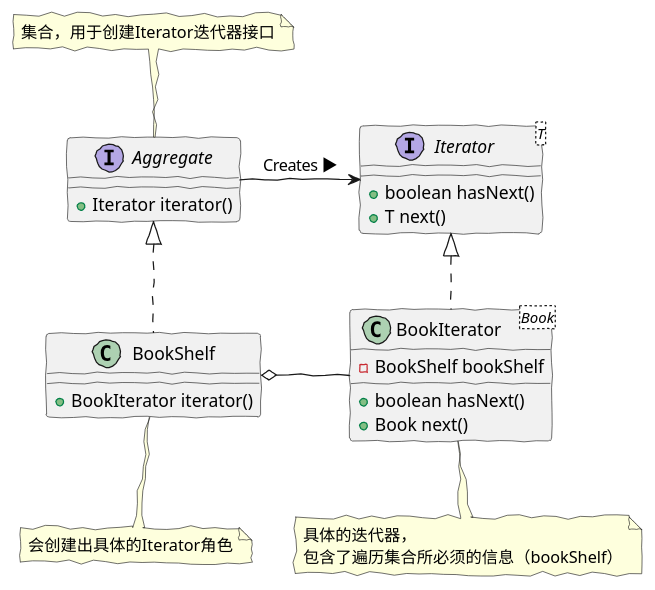
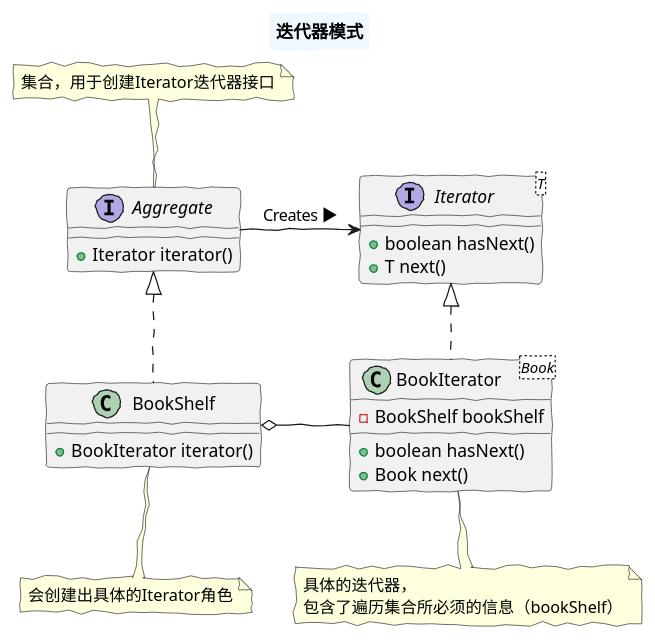
The diagram in src/main/resources/01_Iterator.puml (zhangzhaolin/desin_mode_diagram), drawn with PlantUML before and after one commit. The commit also changed 5 other files, not shown here.

Commit message:
add PlantUML

```diff
--- a/src/main/resources/01_Iterator.puml
+++ b/src/main/resources/01_Iterator.puml
@@ -1,47 +1,53 @@
 @startuml
 
 skinparam handwritten true
+skinparam titleBorderThickness 2
+skinparam titleBackgroundColor AliceBlue
+
+title
+    迭代器模式
+end title
 
 together {
 
    interface Aggregate{
         + Iterator iterator()
    }
 
    interface Iterator<T>{
         + boolean hasNext()
         + T next()
    }
 
 }
 
 note top of Aggregate : 集合，用于创建Iterator迭代器接口
 
 Aggregate -right-> Iterator : Creates ▶
 
 together {
 
     class BookShelf implements Aggregate{
 
         + BookIterator iterator()
 
     }
 
     class BookIterator<Book> implements Iterator{
         - BookShelf bookShelf
         + boolean hasNext()
         + Book next()
     }
 
 }
 
 note bottom of BookShelf : 会创建出具体的Iterator角色
 
 BookShelf o-left- BookIterator
 
 note bottom of BookIterator
     具体的迭代器，
     包含了遍历集合所必须的信息（bookShelf）
 end note
 
 @enduml
```
